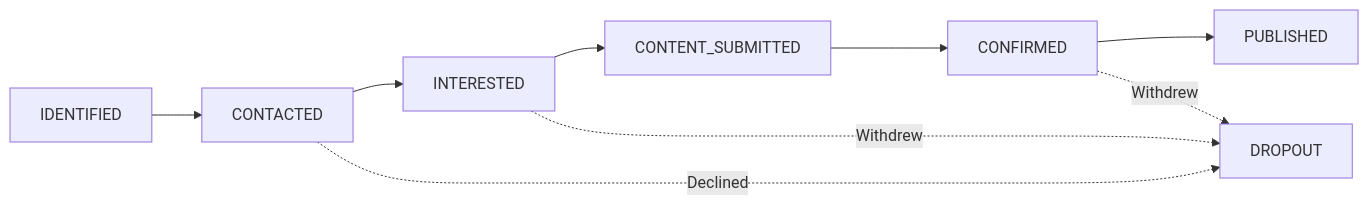
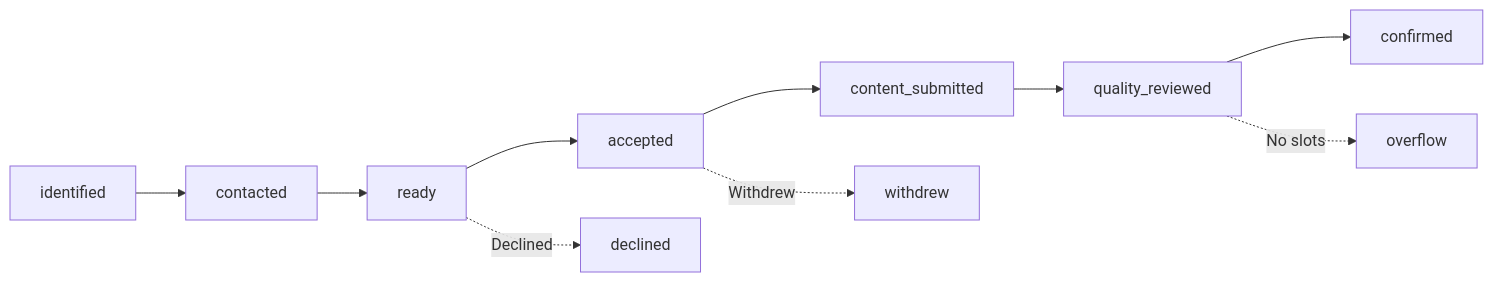
One commit to nissimbuchs/BATbern2 changed the diagram in docs/user-guide/workflow/phase-b-outreach.md. Above: the diagram before and after it, drawn with Mermaid. The commit also changed other lines of this file and 21 other files, not shown here.

````diff
--- a/docs/user-guide/workflow/phase-b-outreach.md
+++ b/docs/user-guide/workflow/phase-b-outreach.md
@@ -167,12 +171,13 @@
 ```mermaid
 graph LR
-    A[IDENTIFIED] --> B[CONTACTED]
-    B --> C[INTERESTED]
-    C --> D[CONTENT_SUBMITTED]
-    D --> E[CONFIRMED]
-    E --> F[PUBLISHED]
+    A[identified] --> B[contacted]
+    B --> C[ready]
+    C --> D[accepted]
+    D --> E[content_submitted]
+    E --> F[quality_reviewed]
+    F --> G[confirmed]
 
-    B -.->|Declined| G[DROPOUT]
-    C -.->|Withdrew| G
-    E -.->|Withdrew| G
+    C -.->|Declined| H[declined]
+    D -.->|Withdrew| I[withdrew]
+    F -.->|No slots| J[overflow]
 ```
````
